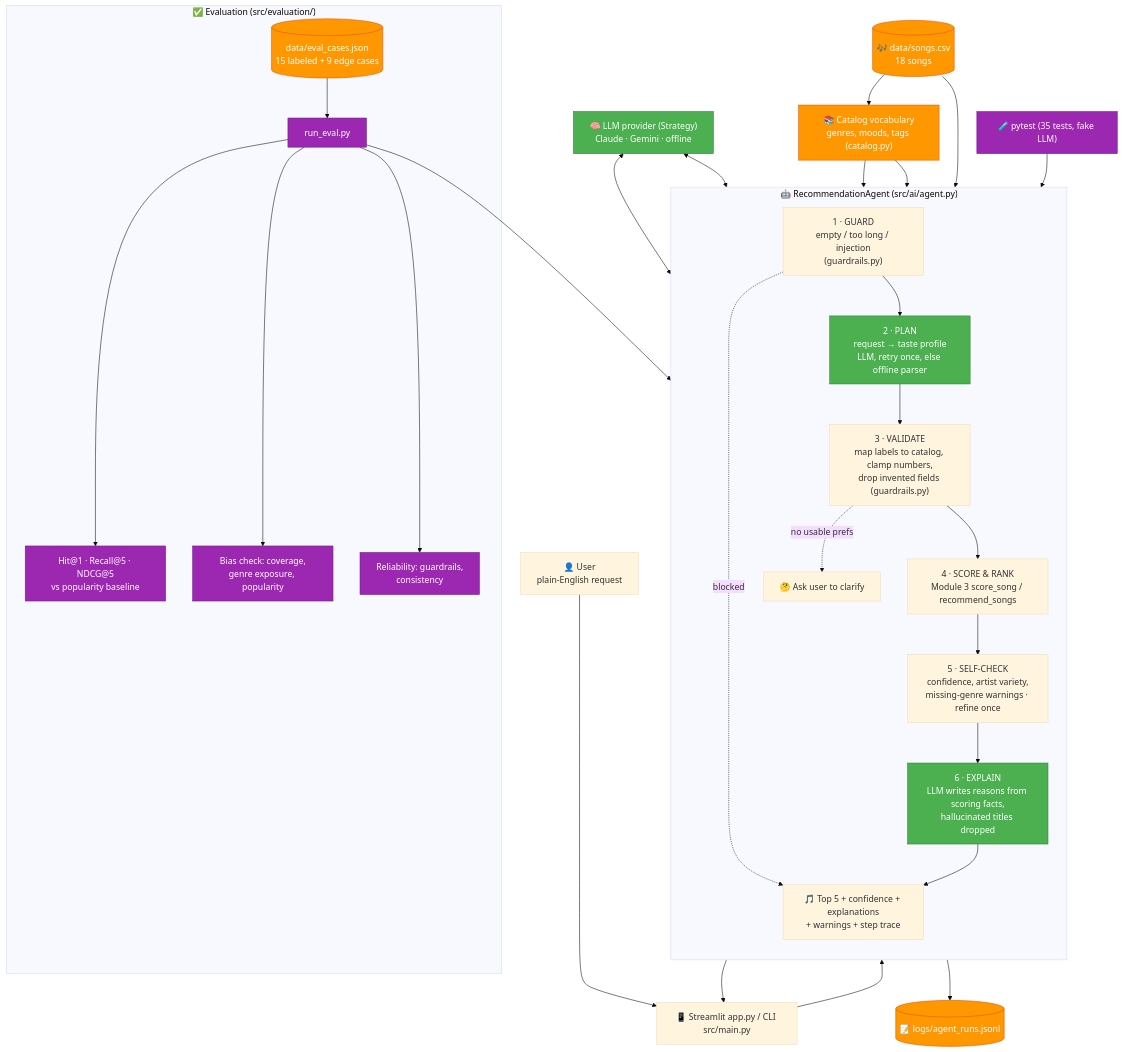
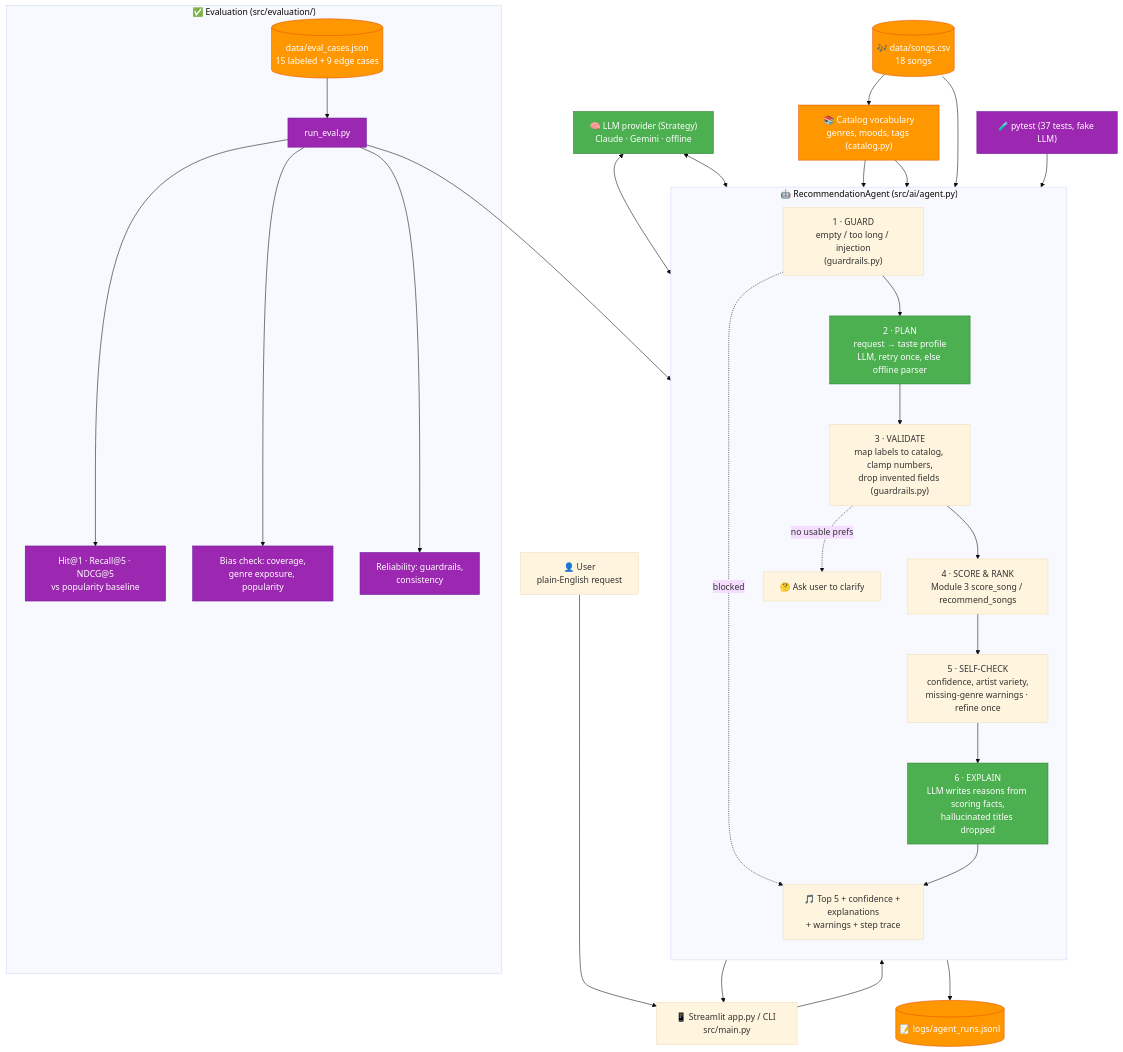
One commit to zloy-bobr/applied-ai-system-project changed the diagram in diagrams/architecture.mmd. Above: the diagram before and after it, drawn with Mermaid (base theme). The commit also changed 4 other files, not shown here.

```diff
--- a/diagrams/architecture.mmd
+++ b/diagrams/architecture.mmd
@@ -1,43 +1,43 @@
 flowchart TD
     User["👤 User<br/>plain-English request"] --> UI["📱 Streamlit app.py / CLI src/main.py"]
     UI --> Agent
 
     subgraph Agent["🤖 RecommendationAgent (src/ai/agent.py)"]
         direction TB
         G["1 · GUARD<br/>empty / too long / injection<br/>(guardrails.py)"]
         P["2 · PLAN<br/>request → taste profile<br/>LLM, retry once, else offline parser"]
         V["3 · VALIDATE<br/>map labels to catalog, clamp numbers,<br/>drop invented fields (guardrails.py)"]
         S["4 · SCORE & RANK<br/>Module 3 score_song / recommend_songs"]
         C["5 · SELF-CHECK<br/>confidence, artist variety,<br/>missing-genre warnings · refine once"]
         E["6 · EXPLAIN<br/>LLM writes reasons from scoring facts,<br/>hallucinated titles dropped"]
         G --> P --> V --> S --> C --> E
         G -. blocked .-> Out
         V -. no usable prefs .-> Clarify["🤔 Ask user to clarify"]
     end
 
     LLM["🧠 LLM provider (Strategy)<br/>Claude · Gemini · offline"] <--> P
     LLM <--> E
     Vocab["📚 Catalog vocabulary<br/>genres, moods, tags (catalog.py)"] --> P
     Vocab --> V
     Songs[("🎶 data/songs.csv<br/>18 songs")] --> Vocab
     Songs --> S
 
     E --> Out["🎵 Top 5 + confidence + explanations<br/>+ warnings + step trace"]
     Out --> UI
     Agent --> Log[("📝 logs/agent_runs.jsonl")]
 
     subgraph Eval["✅ Evaluation (src/evaluation/)"]
         Cases[("data/eval_cases.json<br/>15 labeled + 9 edge cases")] --> Harness["run_eval.py"]
         Harness --> Metrics["Hit@1 · Recall@5 · NDCG@5<br/>vs popularity baseline"]
         Harness --> Bias["Bias check: coverage,<br/>genre exposure, popularity"]
         Harness --> Rel["Reliability: guardrails,<br/>consistency"]
     end
     Harness --> Agent
-    Tests["🧪 pytest (35 tests, fake LLM)"] --> Agent
+    Tests["🧪 pytest (37 tests, fake LLM)"] --> Agent
 
     classDef ai fill:#4CAF50,stroke:#2E7D32,color:#fff
     classDef data fill:#FF9800,stroke:#E65100,color:#fff
     classDef eval fill:#9C27B0,stroke:#6A1B9A,color:#fff
     class P,E,LLM ai
     class Songs,Vocab,Cases,Log data
     class Harness,Metrics,Bias,Rel,Tests eval
```
